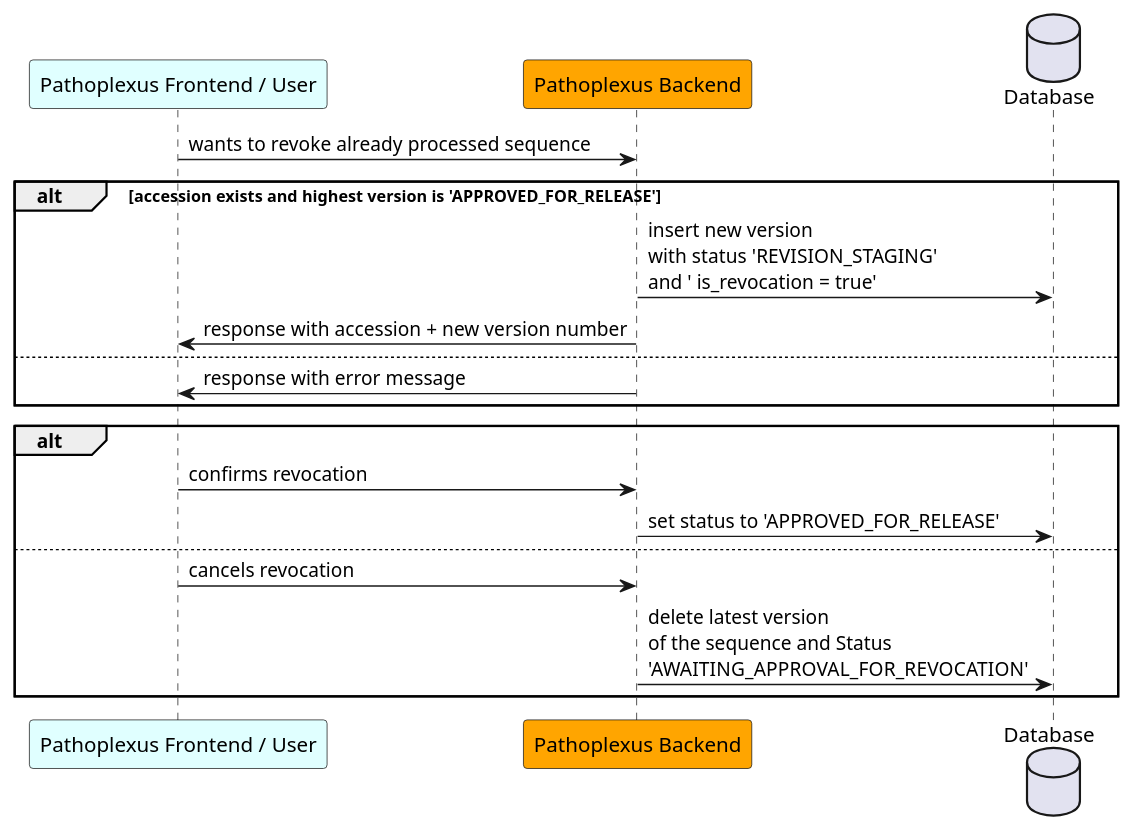
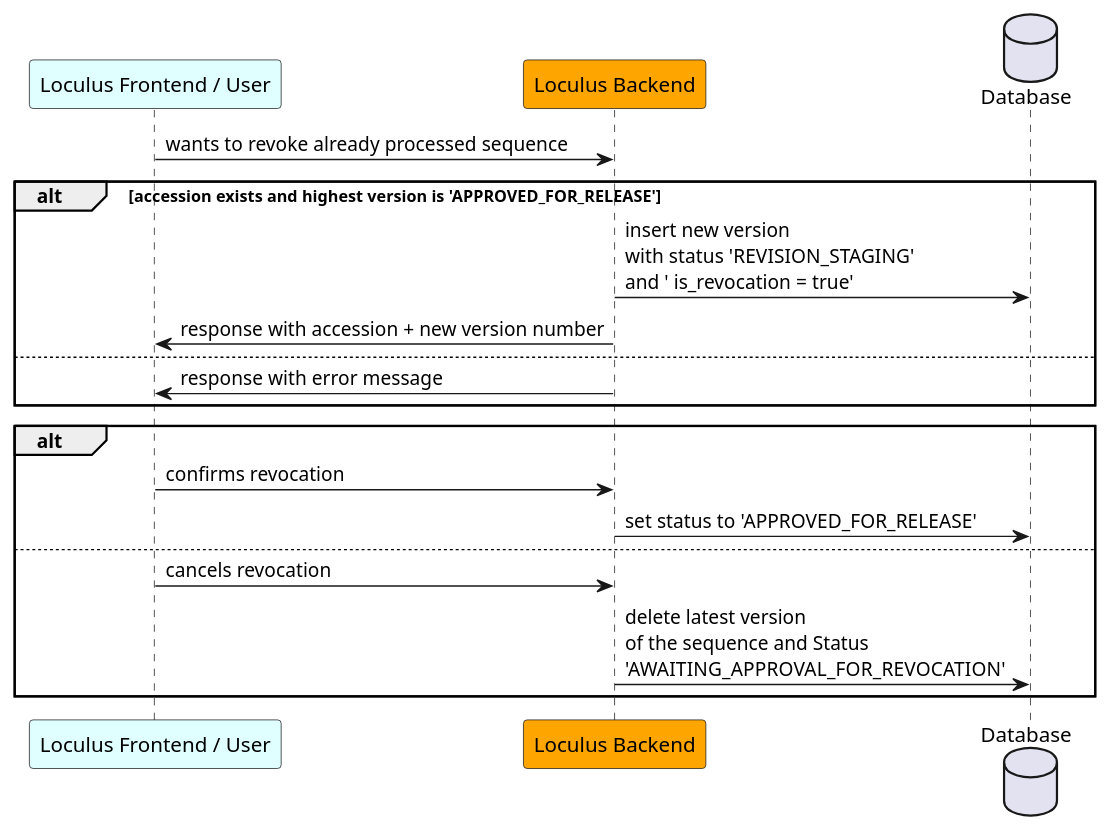
One commit to loculus-project/loculus changed the diagram in backend/docs/plantuml/sequenceRevocation.puml. Above: the diagram before and after it, drawn with PlantUML. The commit also changed 205 other files, not shown here.

```diff
--- a/backend/docs/plantuml/sequenceRevocation.puml
+++ b/backend/docs/plantuml/sequenceRevocation.puml
@@ -1,22 +1,22 @@
 @startuml
-    participant "Pathoplexus Frontend / User" as frontend #LightCyan
-    participant "Pathoplexus Backend" as backend #Orange
+    participant "Loculus Frontend / User" as frontend #LightCyan
+    participant "Loculus Backend" as backend #Orange
     database "Database" as DB
 
     frontend -> backend: wants to revoke already processed sequence
 
      alt accession exists and highest version is 'APPROVED_FOR_RELEASE'
         backend -> DB: insert new version\nwith status 'REVISION_STAGING' \nand ' is_revocation = true'
     backend -> frontend: response with accession + new version number
     else
         backend -> frontend: response with error message
     end
 
     alt
         frontend -> backend: confirms revocation
         backend -> DB: set status to 'APPROVED_FOR_RELEASE'
     else
         frontend -> backend: cancels revocation
         backend -> DB: delete latest version \nof the sequence and Status \n'AWAITING_APPROVAL_FOR_REVOCATION'
     end
 @enduml
```
